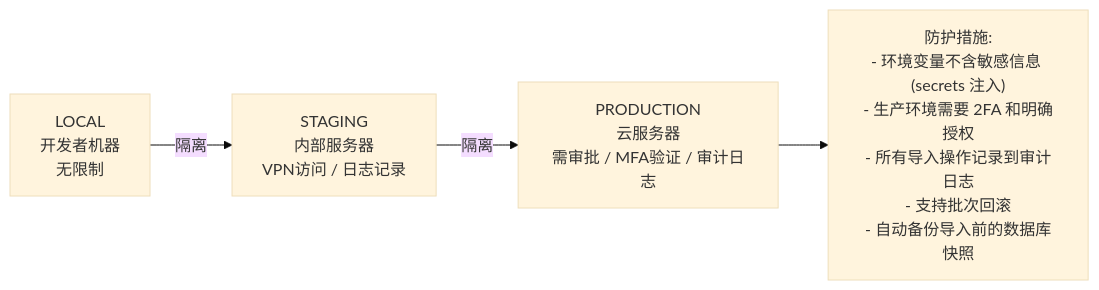
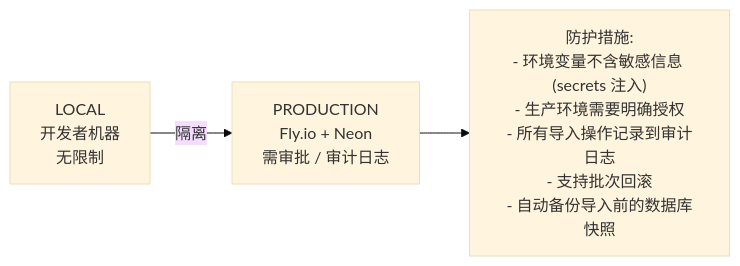
One commit to readmigo/docs changed the fifth of 5 diagrams in 10-pipeline/book-import-system.md. Above: the diagram before and after it, drawn with Mermaid (base theme). The commit also changed other lines of this file and 27 other files, not shown here.

First line of the commit message:
audit: remove code snippets, update to 2-env architecture across operations and pipeline docs

````diff
--- a/10-pipeline/book-import-system.md
+++ b/10-pipeline/book-import-system.md
@@ -1278,7 +357,6 @@
 ```mermaid
 flowchart LR
-    LOCAL["LOCAL<br>开发者机器<br>无限制"] -->|隔离| STAGING["STAGING<br>内部服务器<br>VPN访问 / 日志记录"]
-    STAGING -->|隔离| PROD["PRODUCTION<br>云服务器<br>需审批 / MFA验证 / 审计日志"]
+    LOCAL["LOCAL<br>开发者机器<br>无限制"] -->|隔离| PROD["PRODUCTION<br>Fly.io + Neon<br>需审批 / 审计日志"]
 
-    PROD --> MEASURES["防护措施:<br>- 环境变量不含敏感信息 (secrets 注入)<br>- 生产环境需要 2FA 和明确授权<br>- 所有导入操作记录到审计日志<br>- 支持批次回滚<br>- 自动备份导入前的数据库快照"]
+    PROD --> MEASURES["防护措施:<br>- 环境变量不含敏感信息 (secrets 注入)<br>- 生产环境需要明确授权<br>- 所有导入操作记录到审计日志<br>- 支持批次回滚<br>- 自动备份导入前的数据库快照"]
 ```
````
